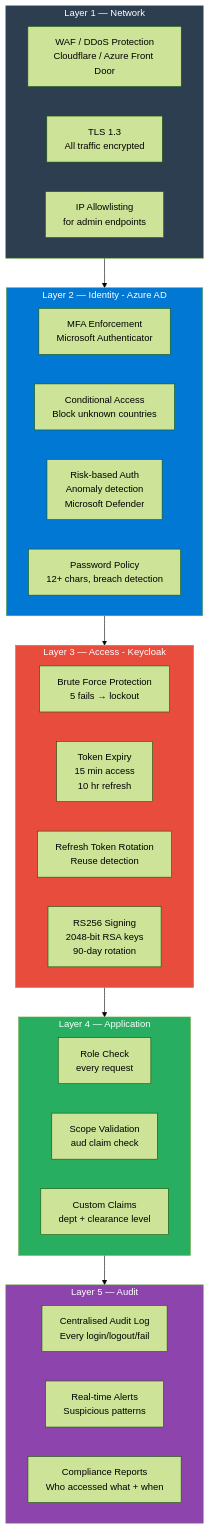
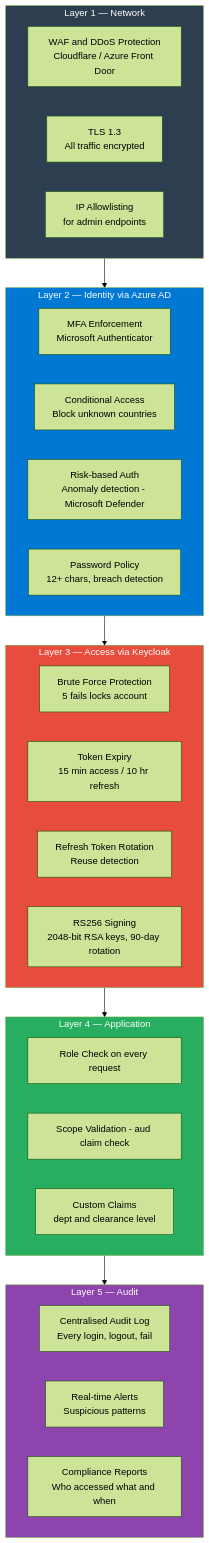
One commit to Mannokuruba/sso-keyclock changed diagram 13 of 21 in docs/INSURANCE-SSO-DESIGN.md. Above: the diagram before and after it, drawn with Mermaid (forest theme). The commit also changed other lines of this file, not shown here.

Commit message:
fix: resolve Mermaid parse errors in insurance SSO diagrams

````diff
--- a/docs/INSURANCE-SSO-DESIGN.md
+++ b/docs/INSURANCE-SSO-DESIGN.md
@@ -573,42 +558,42 @@
 ```mermaid
 graph TD
     subgraph L1["Layer 1 — Network"]
-        WAF[WAF / DDoS Protection\nCloudflare / Azure Front Door]
-        TLS[TLS 1.3\nAll traffic encrypted]
-        IP[IP Allowlisting\nfor admin endpoints]
+        WAF["WAF and DDoS Protection<br/>Cloudflare / Azure Front Door"]
+        TLS["TLS 1.3<br/>All traffic encrypted"]
+        IP["IP Allowlisting<br/>for admin endpoints"]
     end
 
-    subgraph L2["Layer 2 — Identity - Azure AD"]
-        MFA[MFA Enforcement\nMicrosoft Authenticator]
-        CA[Conditional Access\nBlock unknown countries]
-        RISK[Risk-based Auth\nAnomaly detection\nMicrosoft Defender]
-        PWD[Password Policy\n12+ chars, breach detection]
+    subgraph L2["Layer 2 — Identity via Azure AD"]
+        MFA["MFA Enforcement<br/>Microsoft Authenticator"]
+        CA["Conditional Access<br/>Block unknown countries"]
+        RISK["Risk-based Auth<br/>Anomaly detection - Microsoft Defender"]
+        PWD["Password Policy<br/>12+ chars, breach detection"]
     end
 
-    subgraph L3["Layer 3 — Access - Keycloak"]
-        BRUTE[Brute Force Protection\n5 fails → lockout]
-        TOKEN_EXP[Token Expiry\n15 min access\n10 hr refresh]
-        ROTATE[Refresh Token Rotation\nReuse detection]
-        SIGN[RS256 Signing\n2048-bit RSA keys\n90-day rotation]
+    subgraph L3["Layer 3 — Access via Keycloak"]
+        BRUTE["Brute Force Protection<br/>5 fails locks account"]
+        TOKEN_EXP["Token Expiry<br/>15 min access / 10 hr refresh"]
+        ROTATE["Refresh Token Rotation<br/>Reuse detection"]
+        SIGN["RS256 Signing<br/>2048-bit RSA keys, 90-day rotation"]
     end
 
     subgraph L4["Layer 4 — Application"]
-        ROLE[Role Check\nevery request]
-        SCOPE[Scope Validation\naud claim check]
-        CLAIM[Custom Claims\ndept + clearance level]
+        ROLE["Role Check on every request"]
+        SCOPE["Scope Validation - aud claim check"]
+        CLAIM["Custom Claims<br/>dept and clearance level"]
     end
 
     subgraph L5["Layer 5 — Audit"]
-        LOG[Centralised Audit Log\nEvery login/logout/fail]
-        ALERT[Real-time Alerts\nSuspicious patterns]
-        REPORT[Compliance Reports\nWho accessed what + when]
+        LOG["Centralised Audit Log<br/>Every login, logout, fail"]
+        ALERT["Real-time Alerts<br/>Suspicious patterns"]
+        REPORT["Compliance Reports<br/>Who accessed what and when"]
     end
 
     L1 --> L2 --> L3 --> L4 --> L5
 
     style L1 fill:#2c3e50,color:#fff
     style L2 fill:#0078d4,color:#fff
     style L3 fill:#e74c3c,color:#fff
     style L4 fill:#27ae60,color:#fff
     style L5 fill:#8e44ad,color:#fff
 ```
````
